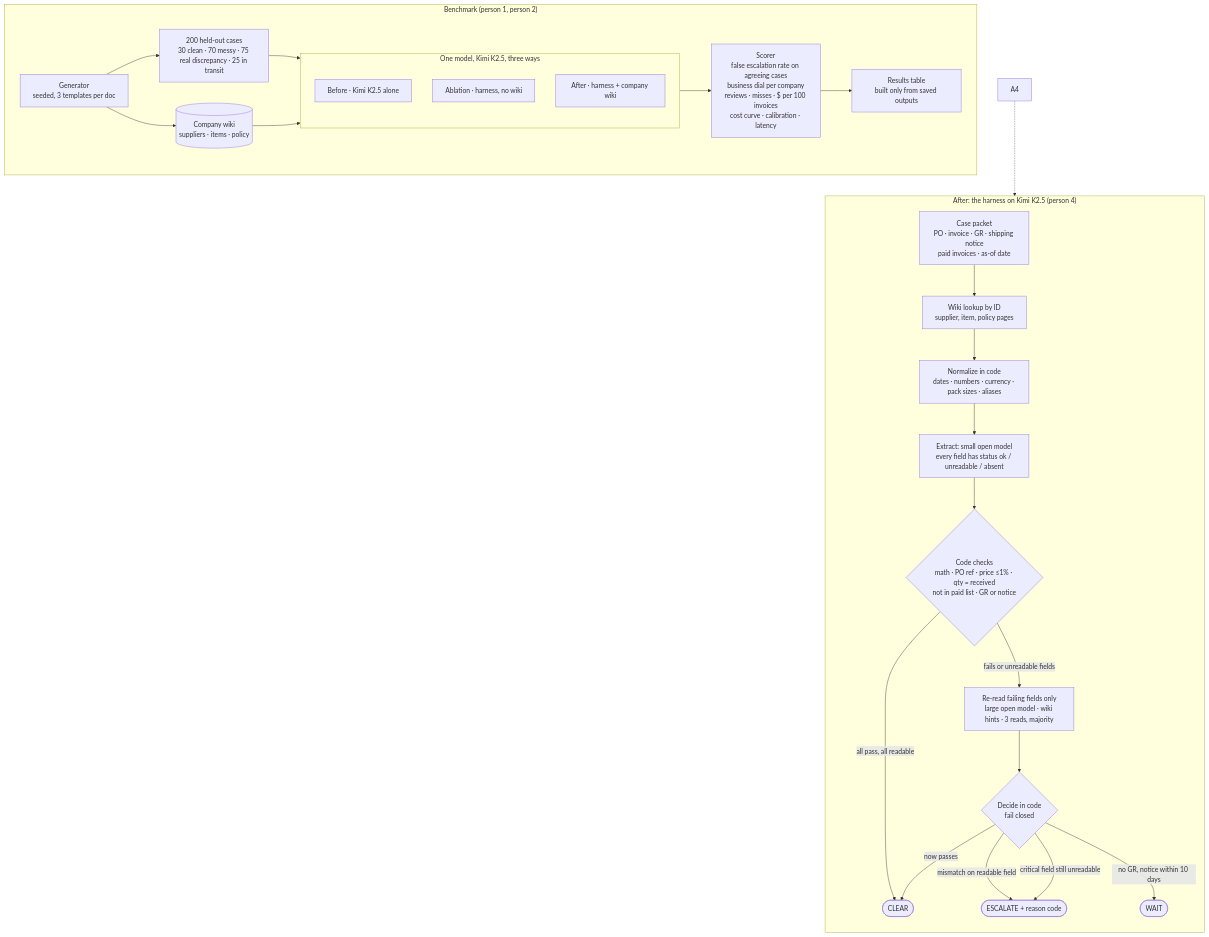
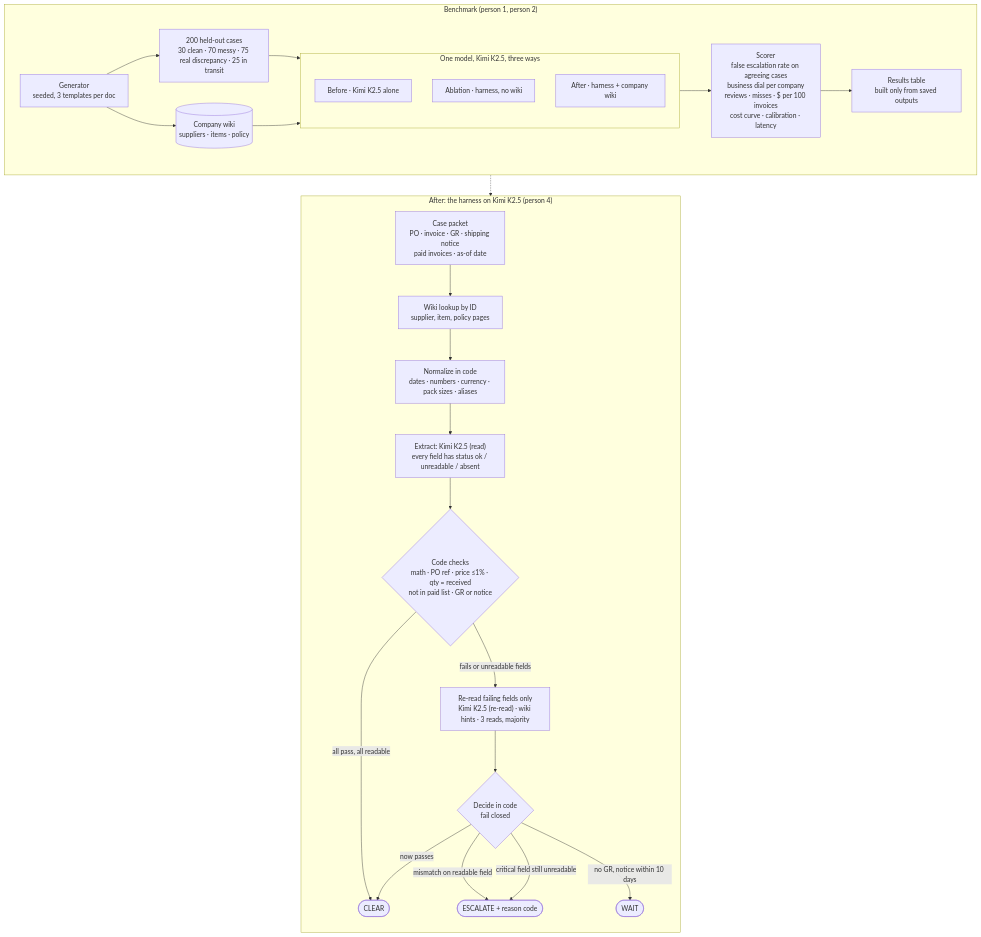
One commit to pakbaz/fireworks-ai-buildathon changed the diagram in docs/plan.md. Above: the diagram before and after it, drawn with Mermaid. The commit also changed other lines of this file and 2 other files, not shown here.

Commit message:
Refine plan: re-based clock, cut line, model access and budget guard, reference row, consistency fixes

````diff
--- a/docs/plan.md
+++ b/docs/plan.md
@@ -9,35 +9,35 @@
 ```mermaid
 flowchart TB
     subgraph BENCH["Benchmark (person 1, person 2)"]
         direction LR
         GEN["Generator<br/>seeded, 3 templates per doc"] --> CASES["200 held-out cases<br/>30 clean · 70 messy · 75 real discrepancy · 25 in transit"]
         GEN --> WIKI[("Company wiki<br/>suppliers · items · policy")]
         CASES --> ARMS
         WIKI --> ARMS
         subgraph ARMS["One model, Kimi K2.5, three ways"]
             direction TB
             A1["Before · Kimi K2.5 alone"]
             A2["Ablation · harness, no wiki"]
             A3["After · harness + company wiki"]
         end
         ARMS --> SCORE["Scorer<br/>false escalation rate on agreeing cases<br/>business dial per company<br/>reviews · misses · $ per 100 invoices<br/>cost curve · calibration · latency"]
         SCORE --> TABLE["Results table<br/>built only from saved outputs"]
     end
 
     subgraph HARNESS["After: the harness on Kimi K2.5 (person 4)"]
         direction TB
         PKT["Case packet<br/>PO · invoice · GR · shipping notice<br/>paid invoices · as-of date"] --> LOOK["Wiki lookup by ID<br/>supplier, item, policy pages"]
         LOOK --> NORM["Normalize in code<br/>dates · numbers · currency · pack sizes · aliases"]
-        NORM --> EXT["Extract: small open model<br/>every field has status ok / unreadable / absent"]
+        NORM --> EXT["Extract: Kimi K2.5 (read)<br/>every field has status ok / unreadable / absent"]
         EXT --> CHK{"Code checks<br/>math · PO ref · price ≤1% · qty = received<br/>not in paid list · GR or notice"}
         CHK -- "all pass, all readable" --> CLEAR([CLEAR])
-        CHK -- "fails or unreadable fields" --> RR["Re-read failing fields only<br/>large open model · wiki hints · 3 reads, majority"]
+        CHK -- "fails or unreadable fields" --> RR["Re-read failing fields only<br/>Kimi K2.5 (re-read) · wiki hints · 3 reads, majority"]
         RR --> DEC{"Decide in code<br/>fail closed"}
         DEC -- "now passes" --> CLEAR
         DEC -- "mismatch on readable field" --> ESC([ESCALATE + reason code])
         DEC -- "critical field still unreadable" --> ESC
         DEC -- "no GR, notice within 10 days" --> WAIT([WAIT])
     end
 
-    A4 -.-> PKT
+    A3 -.-> PKT
 ```
````
